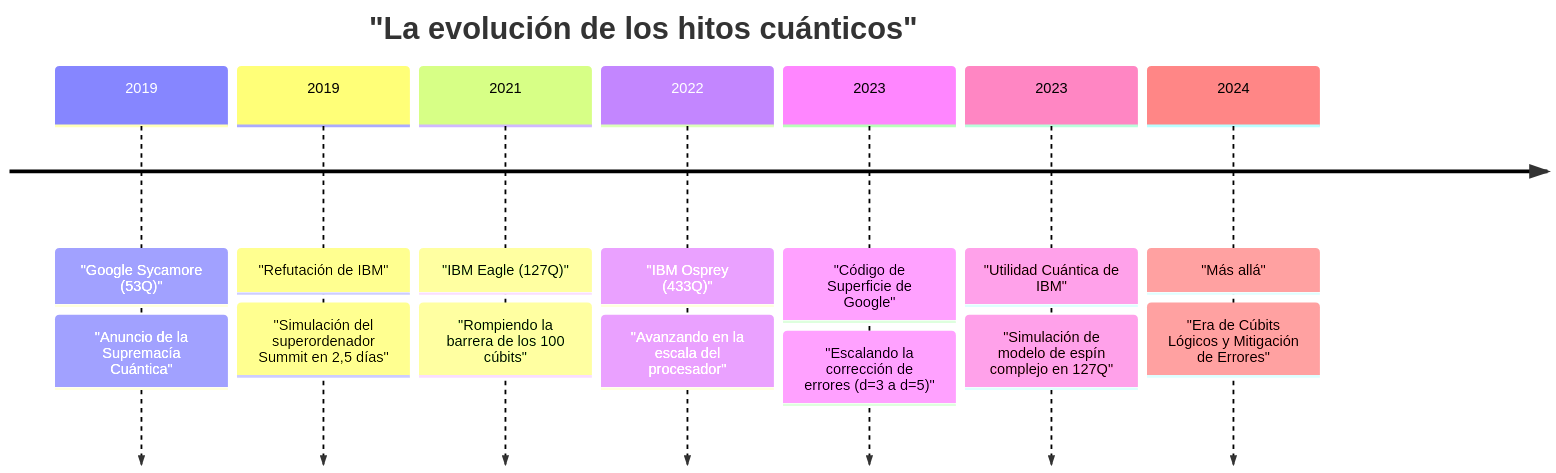
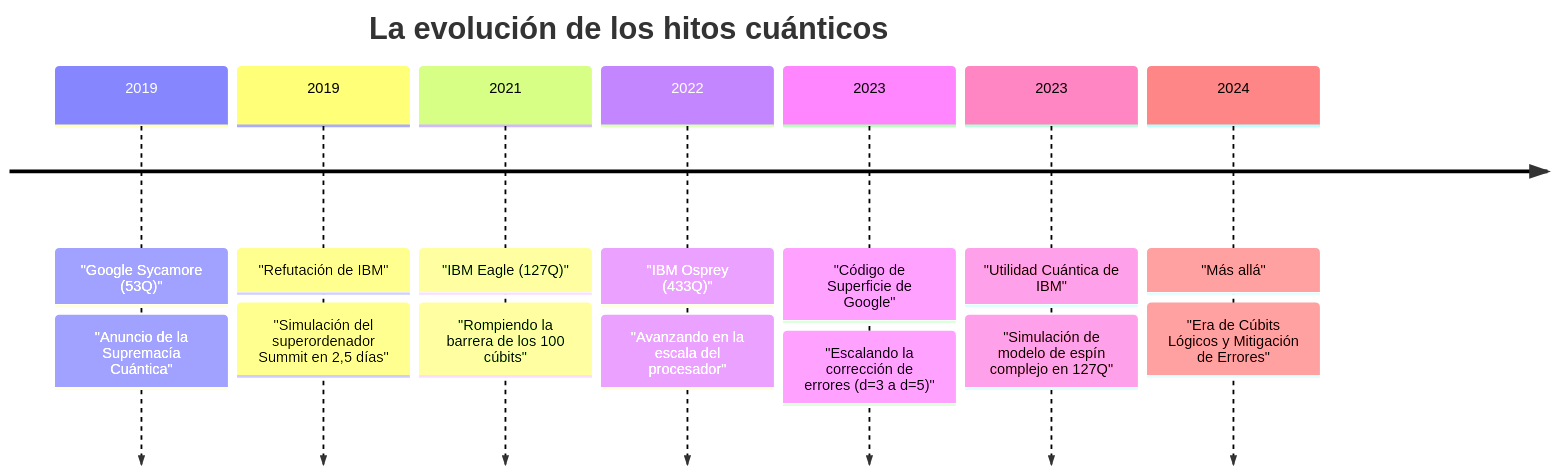
The second of 3 diagrams in content/post/量子超越性とは何か/index.es.md (kenjinote/blog), drawn with Mermaid before and after one commit. The commit also changed other lines of this file and 703 other files, not shown here.

Commit message:
Fix: Remove quotes from Mermaid link texts and timeline definitions to support Mermaid 11.4.1

````diff
--- a/content/post/量子超越性とは何か/index.es.md
+++ b/content/post/量子超越性とは何か/index.es.md
@@ -106,11 +106,11 @@
 ```mermaid
 timeline
-    title "La evolución de los hitos cuánticos"
+    title La evolución de los hitos cuánticos
     2019 : "Google Sycamore (53Q)" : "Anuncio de la Supremacía Cuántica"
     2019 : "Refutación de IBM" : "Simulación del superordenador Summit en 2,5 días"
     2021 : "IBM Eagle (127Q)" : "Rompiendo la barrera de los 100 cúbits"
     2022 : "IBM Osprey (433Q)" : "Avanzando en la escala del procesador"
     2023 : "Código de Superficie de Google" : "Escalando la corrección de errores (d=3 a d=5)"
     2023 : "Utilidad Cuántica de IBM" : "Simulación de modelo de espín complejo en 127Q"
     2024 : "Más allá" : "Era de Cúbits Lógicos y Mitigación de Errores"
 ```
````
